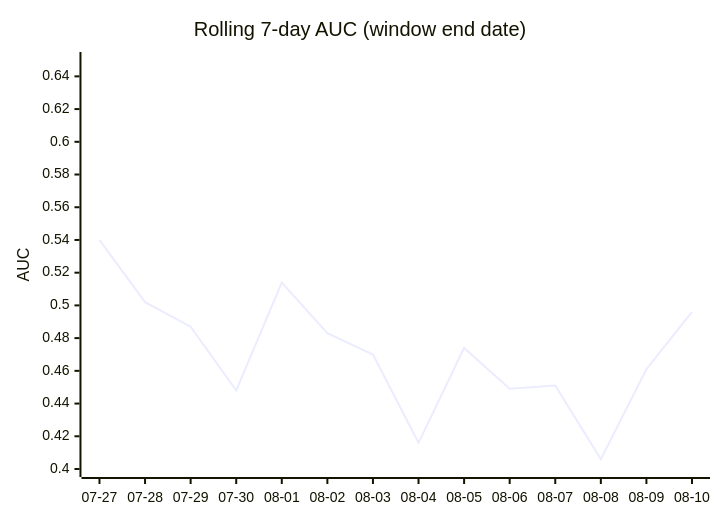
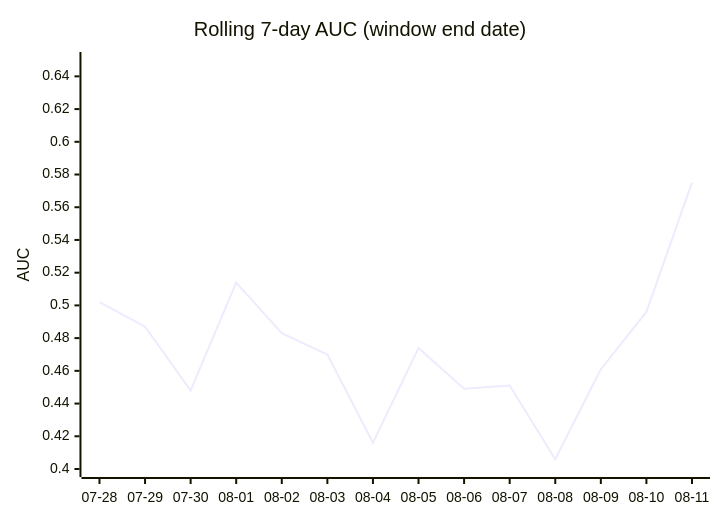
The third of 4 diagrams in DAILY_AGSU_REPORT.md (dpk1212/nhl-savant), drawn with Mermaid before and after one commit. The commit also changed other lines of this file, not shown here.

````diff
--- a/DAILY_AGSU_REPORT.md
+++ b/DAILY_AGSU_REPORT.md
@@ -785,7 +766,7 @@
 ```mermaid
 xychart-beta
     title "Rolling 7-day AUC (window end date)"
-    x-axis ["07-27", "07-28", "07-29", "07-30", "08-01", "08-02", "08-03", "08-04", "08-05", "08-06", "08-07", "08-08", "08-09", "08-10"]
+    x-axis ["07-28", "07-29", "07-30", "08-01", "08-02", "08-03", "08-04", "08-05", "08-06", "08-07", "08-08", "08-09", "08-10", "08-11"]
     y-axis "AUC" 0.4 --> 0.65
-    line [0.54, 0.502, 0.487, 0.448, 0.514, 0.483, 0.47, 0.416, 0.474, 0.449, 0.451, 0.406, 0.461, 0.496]
+    line [0.502, 0.487, 0.448, 0.514, 0.483, 0.47, 0.416, 0.474, 0.449, 0.451, 0.406, 0.461, 0.496, 0.575]
 ```
````
